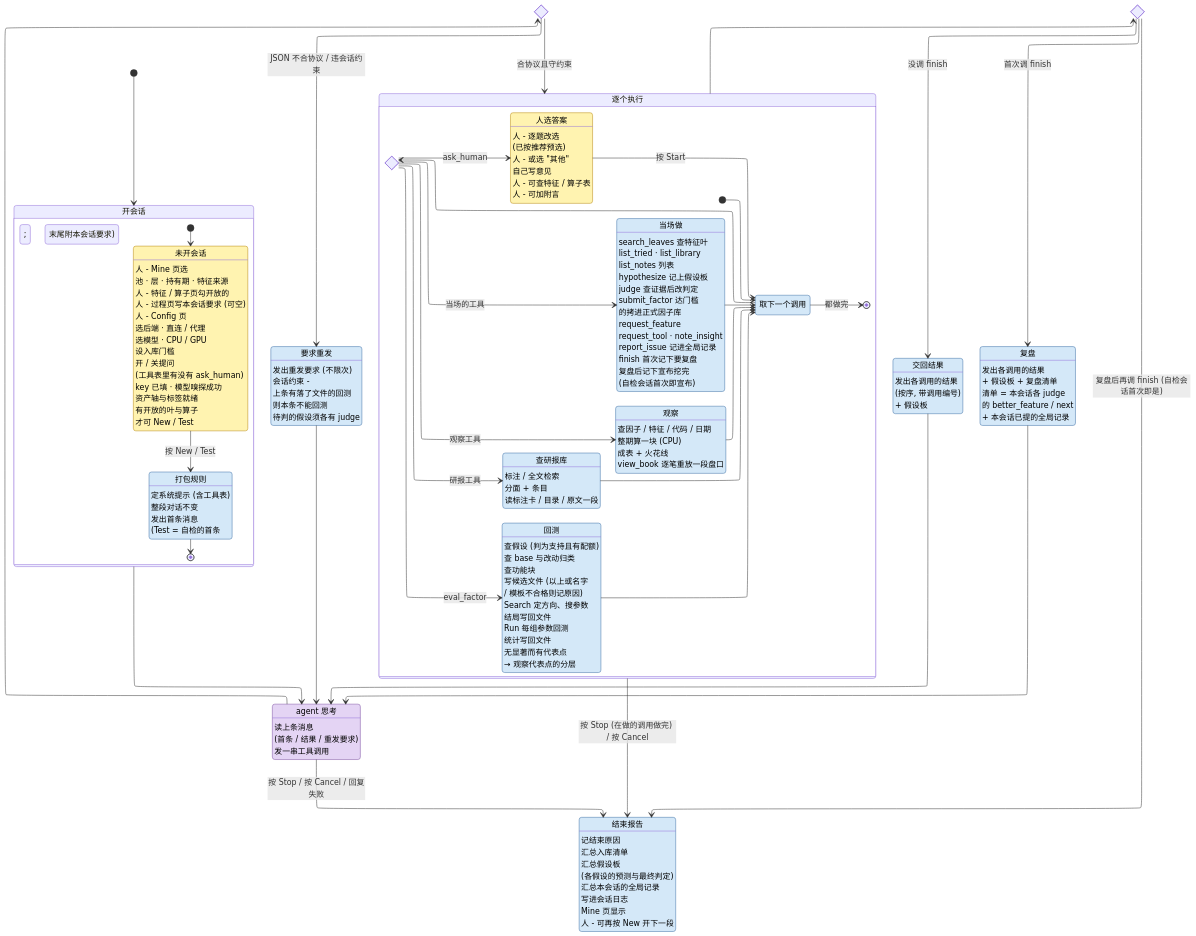
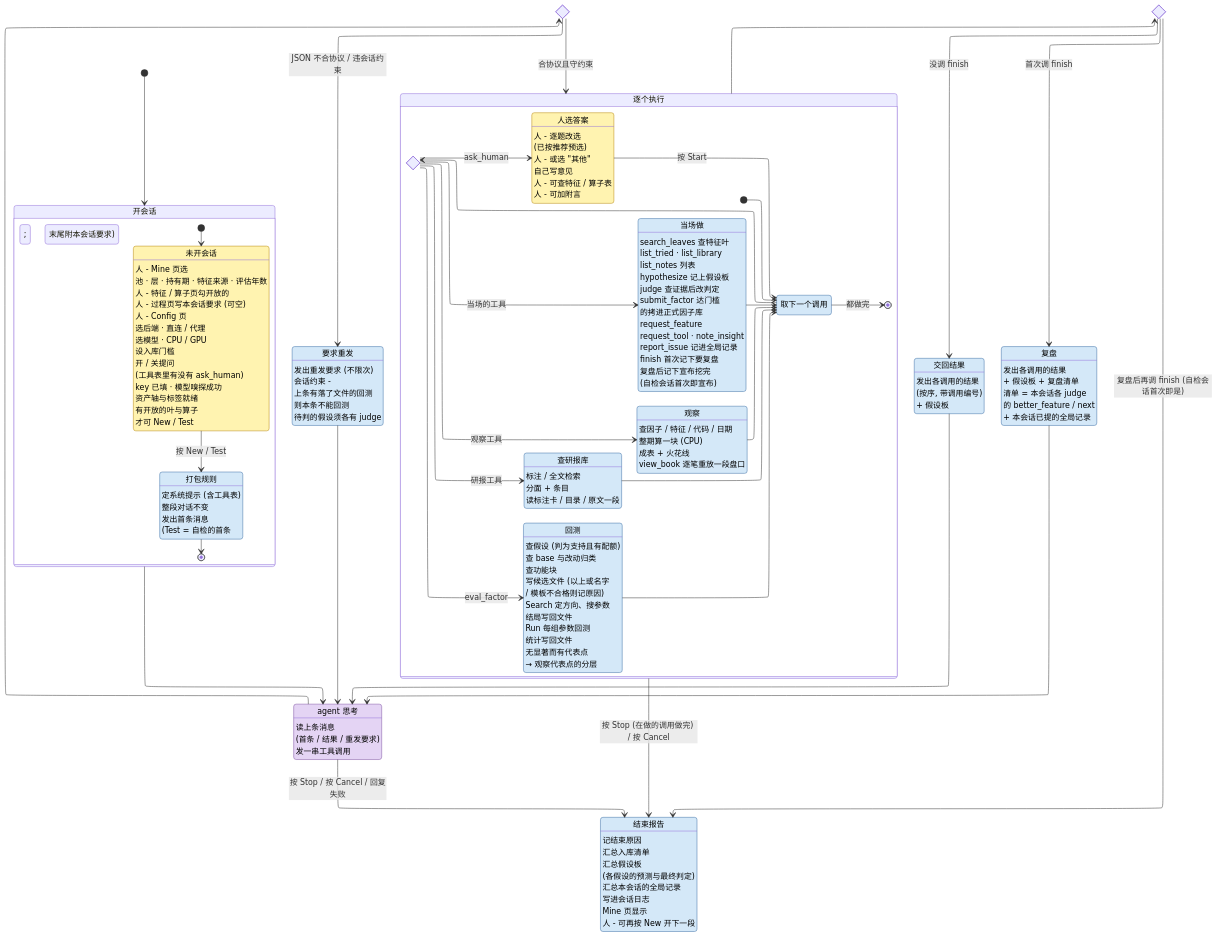
The diagram in AGENT.md (CoCoMilkyWay/stk), drawn with Mermaid before and after one commit. The commit also changed other lines of this file and 31 other files, not shown here.

```diff
--- a/AGENT.md
+++ b/AGENT.md
@@ -57,7 +57,7 @@
     state "开会话" as GOpen {
         state "未开会话" as None
         None : 人 - Mine 页选
-        None : 池 · 层 · 持有期 · 特征来源
+        None : 池 · 层 · 持有期 · 特征来源 · 评估年数
         None : 人 - 特征 / 算子页勾开放的
         None : 人 - 过程页写本会话要求 (可空)
         None : 人 - Config 页
```
